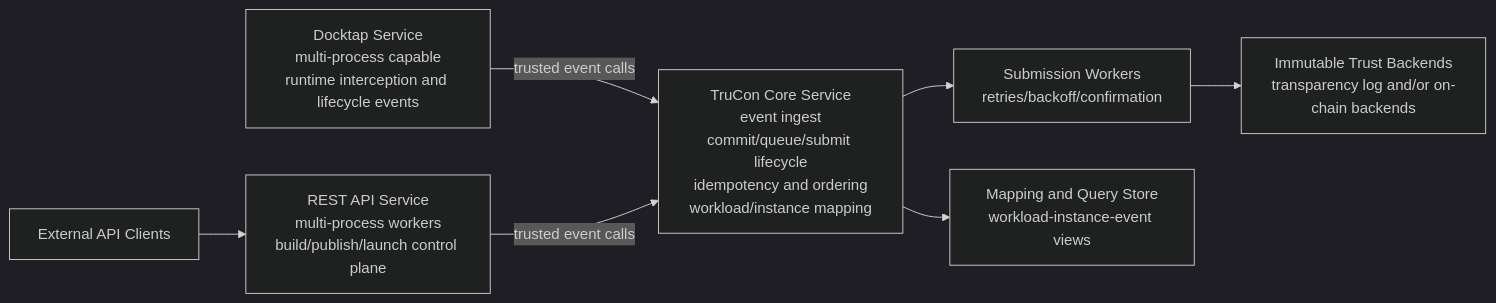
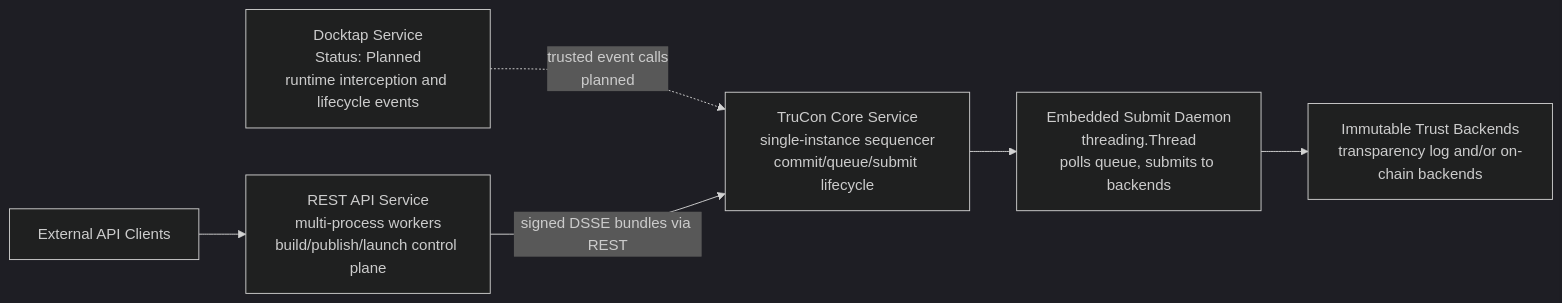
The diagram in architecture.md (intel/confidential-computing-zoo), drawn with Mermaid (dark theme) before and after one commit. The commit also changed other lines of this file and 37 other files, not shown here.

Commit message:
Refactor architecture

````diff
--- a/architecture.md
+++ b/architecture.md
@@ -33,11 +35,10 @@
 ```mermaid
 flowchart LR
   clients[External API Clients] --> rest[REST API Service<br/>multi-process workers<br/>build/publish/launch control plane]
 
-  docktap[Docktap Service<br/>multi-process capable<br/>runtime interception and lifecycle events] -->|trusted event calls| trucon[TruCon Core Service<br/>event ingest<br/>commit/queue/submit lifecycle<br/>idempotency and ordering<br/>workload/instance mapping]
+  docktap[Docktap Service<br/>Status: Planned<br/>runtime interception and lifecycle events] -.->|trusted event calls<br/>planned| trucon[TruCon Core Service<br/>single-instance sequencer<br/>commit/queue/submit lifecycle]
 
-  rest -->|trusted event calls| trucon
-  trucon --> workers[Submission Workers<br/>retries/backoff/confirmation]
-  trucon --> mapping[Mapping and Query Store<br/>workload-instance-event views]
-  workers --> backends[Immutable Trust Backends<br/>transparency log and/or on-chain backends]
+  rest -->|signed DSSE bundles via REST| trucon
+  trucon --> daemon[Embedded Submit Daemon<br/>threading.Thread<br/>polls queue, submits to backends]
+  daemon --> backends[Immutable Trust Backends<br/>transparency log and/or on-chain backends]
 ```
````
